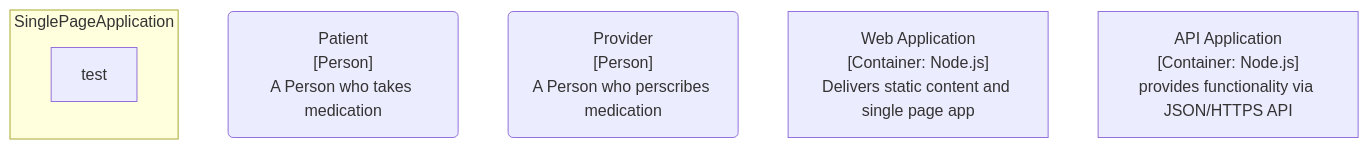
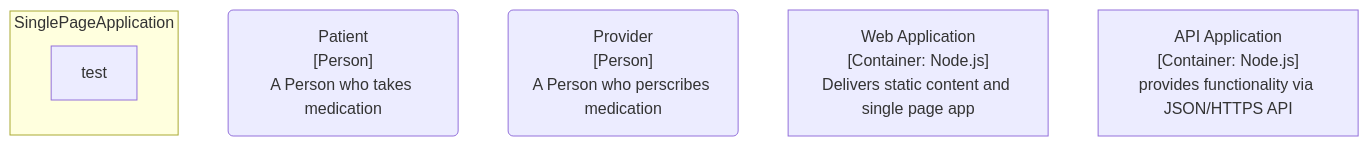
The fourth of 7 diagrams in design/C4diagrams.md (nop0x0f/COSC412_team1), drawn with Mermaid before and after one commit. The commit also changed other lines of this file, not shown here.

First line of the commit message:
Update C4diagrams.md

````diff
--- a/design/C4diagrams.md
+++ b/design/C4diagrams.md
@@ -86,11 +84,10 @@
 ```mermaid
 flowchart TB
 Patient("Patient<br/>[Person]<br/>A Person who takes medication")
 Provider("Provider<br/>[Person]<br/>A Person who perscribes medication")
 web["Web Application<br/>[Container: Node.js]<br/>Delivers static content and single page app"]
 api["API Application<br/>[Container: Node.js]<br/>provides functionality via JSON/HTTPS API"]
   subgraph SinglePageApplication
-	direction TB
 	test
   end
 ```
````
